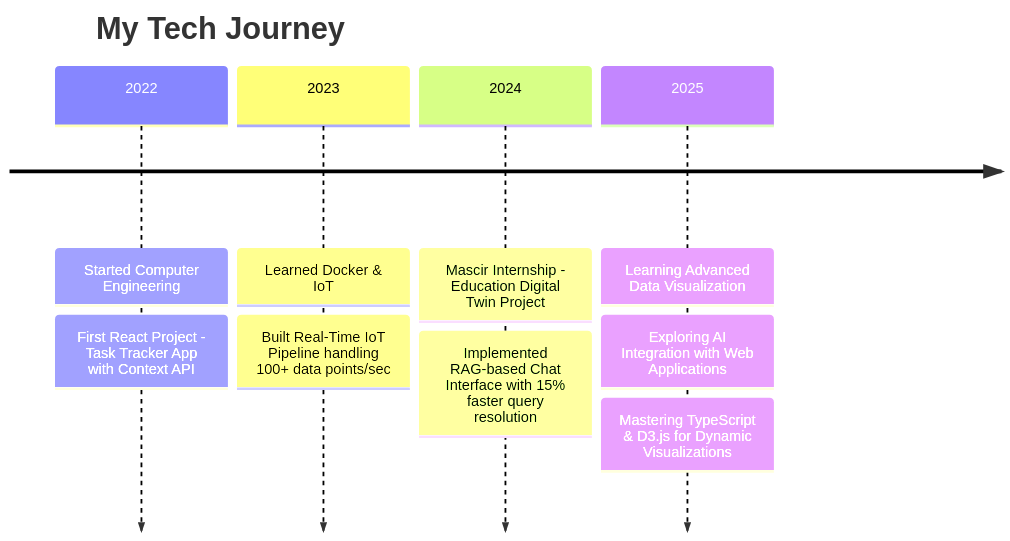
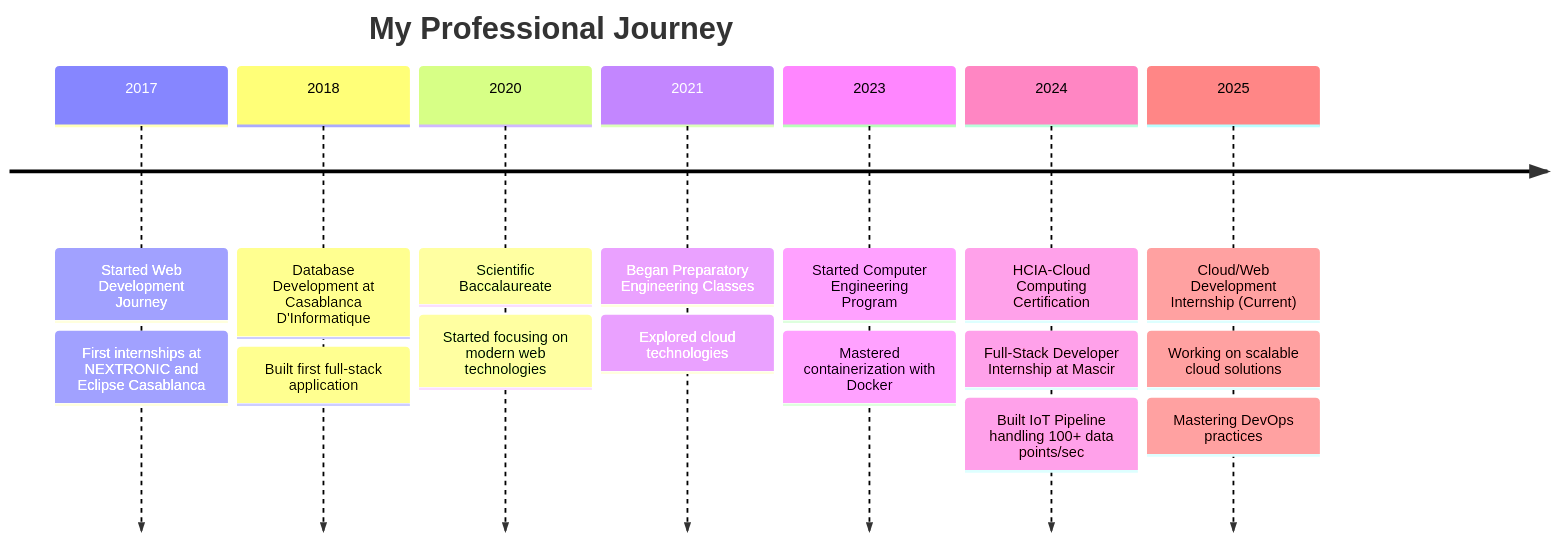
Before and after one commit to thejokers69/thejokers69: the diagram in README.md, drawn with Mermaid. The commit also changed other lines of this file, not shown here.

Commit message:
Revise README.md to reflect updated professional journey and skills
- Changed the title of the learning journey to "My Professional Journey" and updated the timeline with new experiences and internships.
- Reorganized and reintroduced the skills and technologies section, ensuring it includes current languages, frameworks, and tools.
- Corrected the portfolio link for accuracy.
- Enhanced the layout for improved readability and engagement.

````diff
--- a/README.md
+++ b/README.md
@@ -92,13 +31,20 @@
 ```mermaid
 timeline
-    title My Tech Journey
-    2022 : Started Computer Engineering
-         : First React Project - Task Tracker App with Context API
-    2023 : Learned Docker & IoT
-         : Built Real-Time IoT Pipeline handling 100+ data points/sec 
-    2024 : Mascir Internship - Education Digital Twin Project
-         : Implemented RAG-based Chat Interface with 15% faster query resolution
-    2025 : Learning Advanced Data Visualization
-         : Exploring AI Integration with Web Applications
-         : Mastering TypeScript & D3.js for Dynamic Visualizations
+    title My Professional Journey
+    2017 : Started Web Development Journey
+         : First internships at NEXTRONIC and Eclipse Casablanca
+    2018 : Database Development at Casablanca D'Informatique
+         : Built first full-stack application
+    2020 : Scientific Baccalaureate
+         : Started focusing on modern web technologies
+    2021 : Began Preparatory Engineering Classes
+         : Explored cloud technologies
+    2023 : Started Computer Engineering Program
+         : Mastered containerization with Docker
+    2024 : HCIA-Cloud Computing Certification
+         : Full-Stack Developer Internship at Mascir
+         : Built IoT Pipeline handling 100+ data points/sec
+    2025 : Cloud/Web Development Internship (Current)
+         : Working on scalable cloud solutions
+         : Mastering DevOps practices
 ```
````
